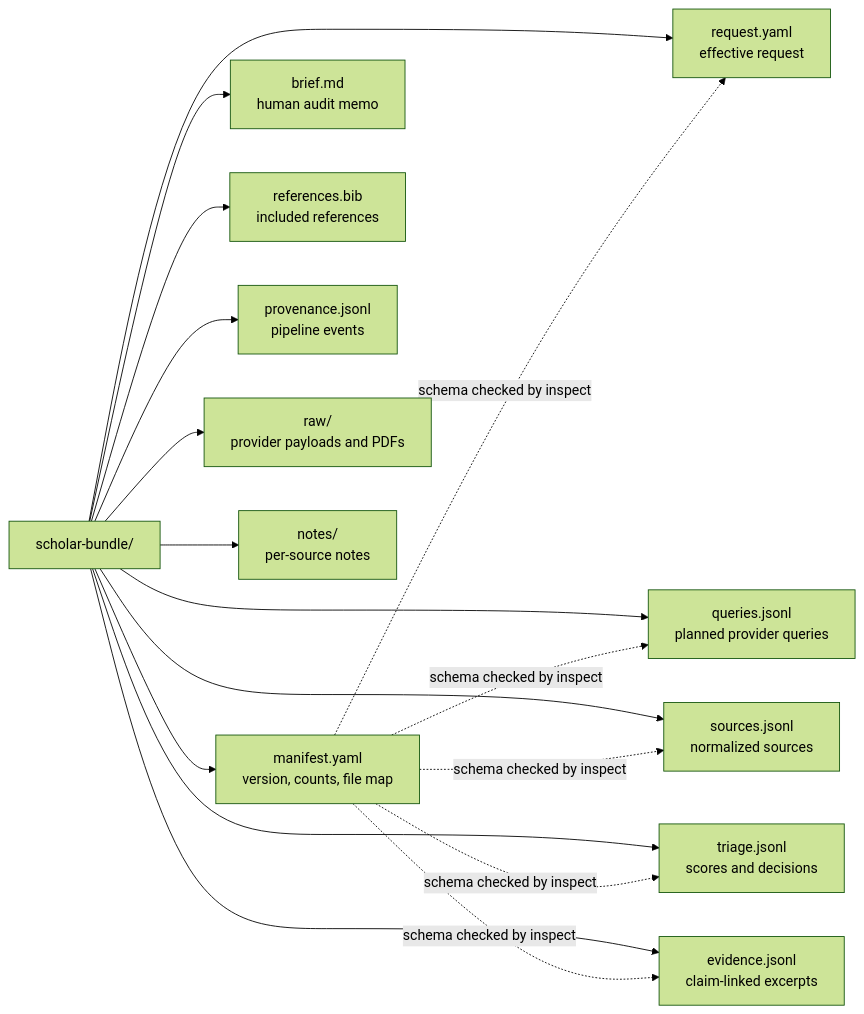
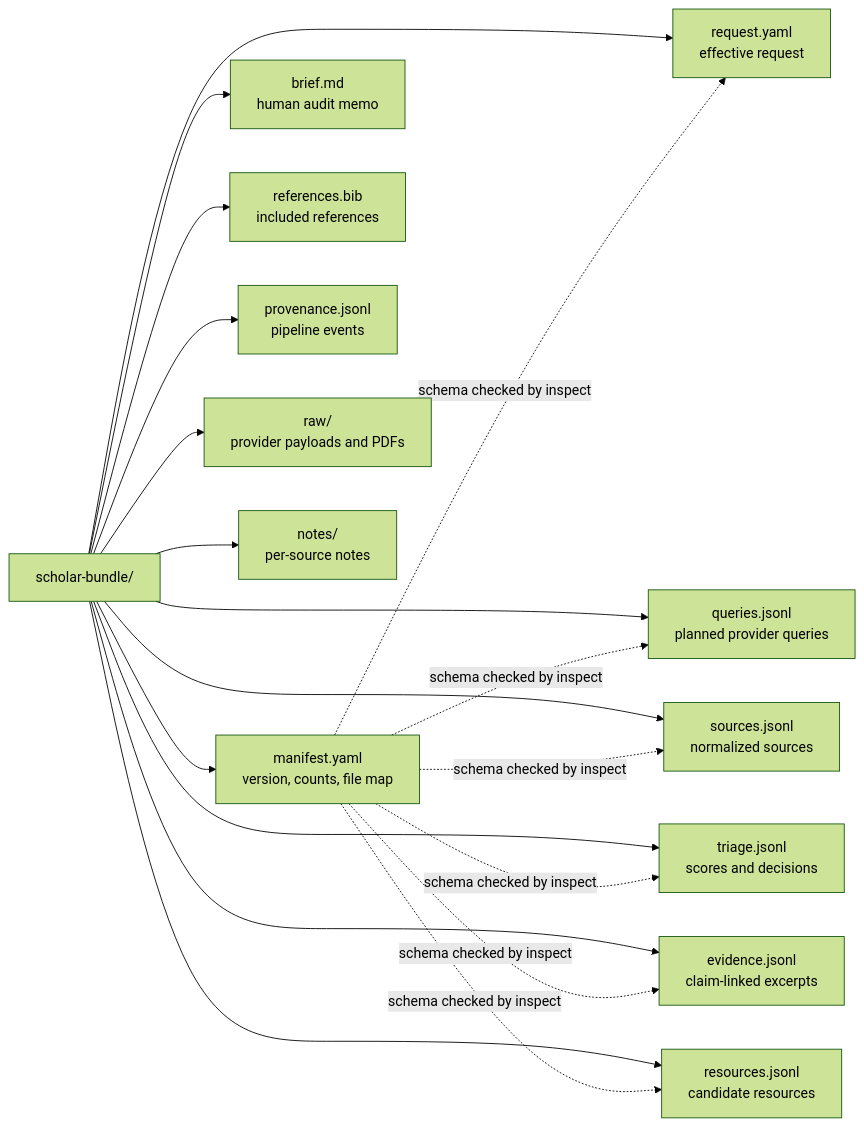
One commit to Jianxinnn/Scholar-Forge changed the third of 4 diagrams in docs/architecture-diagram.md. Above: the diagram before and after it, drawn with Mermaid (forest theme). The commit also changed other lines of this file and 14 other files, not shown here.

````diff
--- a/docs/architecture-diagram.md
+++ b/docs/architecture-diagram.md
@@ -78,20 +81,22 @@
 ```mermaid
 flowchart LR
     Bundle["scholar-bundle/"] --> Manifest["manifest.yaml<br/>version, counts, file map"]
     Bundle --> Request["request.yaml<br/>effective request"]
     Bundle --> Queries["queries.jsonl<br/>planned provider queries"]
     Bundle --> Sources["sources.jsonl<br/>normalized sources"]
     Bundle --> Triage["triage.jsonl<br/>scores and decisions"]
     Bundle --> Evidence["evidence.jsonl<br/>claim-linked excerpts"]
+    Bundle --> Resources["resources.jsonl<br/>candidate resources"]
     Bundle --> Brief["brief.md<br/>human audit memo"]
     Bundle --> Bib["references.bib<br/>included references"]
     Bundle --> Provenance["provenance.jsonl<br/>pipeline events"]
     Bundle --> Raw["raw/<br/>provider payloads and PDFs"]
     Bundle --> Notes["notes/<br/>per-source notes"]
 
     Manifest -. "schema checked by inspect" .-> Request
     Manifest -. "schema checked by inspect" .-> Queries
     Manifest -. "schema checked by inspect" .-> Sources
     Manifest -. "schema checked by inspect" .-> Triage
     Manifest -. "schema checked by inspect" .-> Evidence
+    Manifest -. "schema checked by inspect" .-> Resources
 ```
````
